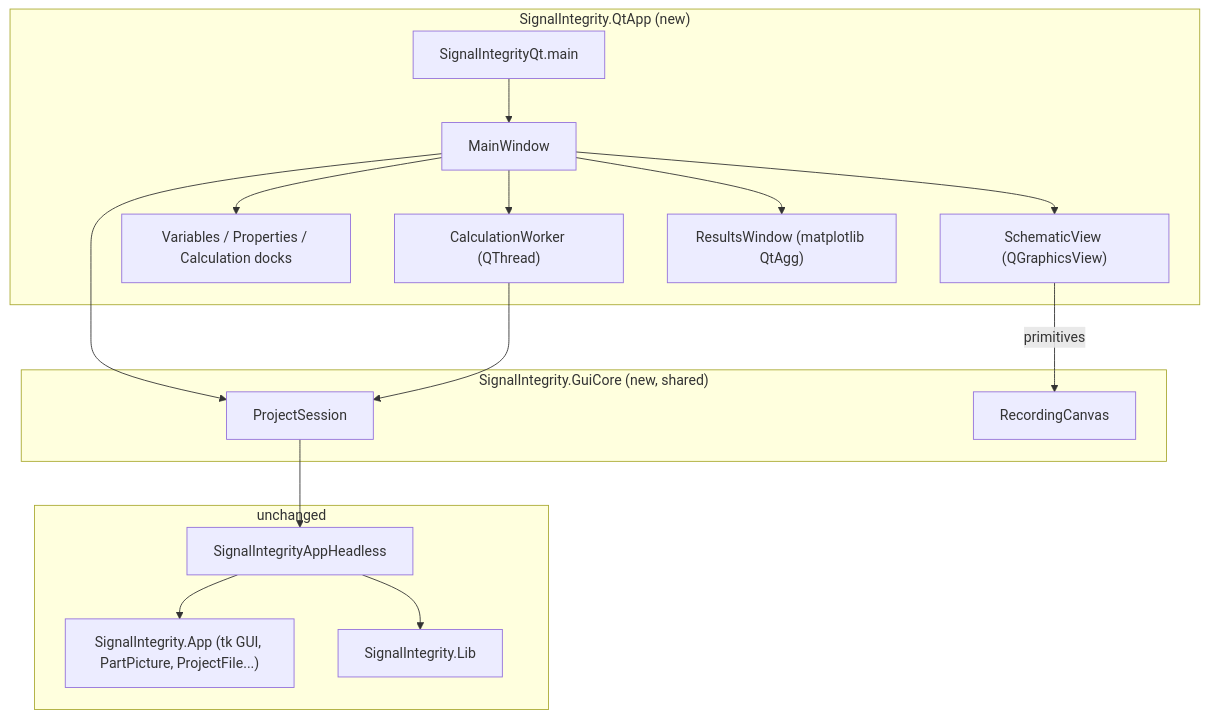
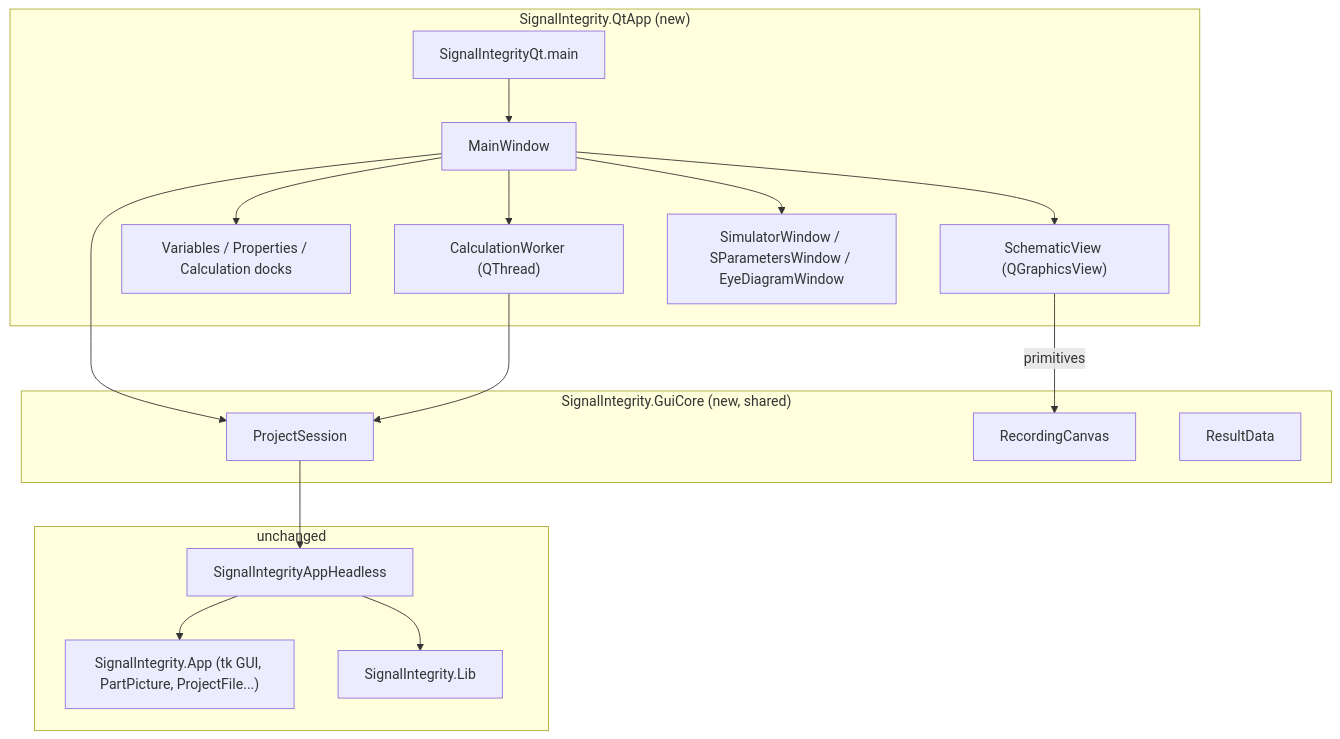
The diagram in SignalIntegrity/QtApp/README.md (Nubis-Communications/SignalIntegrity), drawn with Mermaid before and after one commit. The commit also changed other lines of this file and 9 other files, not shown here.

First line of the commit message:
Qt GUI: hierarchy traversal, schematic property visibility, complete waveforms, eye diagrams and tk-style plot zoom

````diff
--- a/SignalIntegrity/QtApp/README.md
+++ b/SignalIntegrity/QtApp/README.md
@@ -38,24 +41,25 @@
 ```mermaid
 flowchart TB
     subgraph QtApp["SignalIntegrity.QtApp (new)"]
         Main["SignalIntegrityQt.main"] --> MW[MainWindow]
         MW --> SV["SchematicView (QGraphicsView)"]
         MW --> Docks["Variables / Properties / Calculation docks"]
         MW --> W["CalculationWorker (QThread)"]
-        MW --> RW["ResultsWindow (matplotlib QtAgg)"]
+        MW --> RW["SimulatorWindow / SParametersWindow / EyeDiagramWindow"]
     end
     subgraph GuiCore["SignalIntegrity.GuiCore (new, shared)"]
         PS[ProjectSession]
         RC[RecordingCanvas]
+        RD[ResultData]
     end
     subgraph Existing["unchanged"]
         H[SignalIntegrityAppHeadless]
         App["SignalIntegrity.App (tk GUI, PartPicture, ProjectFile...)"]
         Lib[SignalIntegrity.Lib]
     end
     MW --> PS
     W --> PS
     SV -->|primitives| RC
     PS --> H --> App
     H --> Lib
 ```
````
